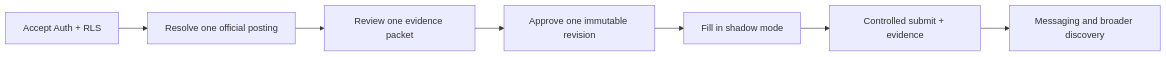
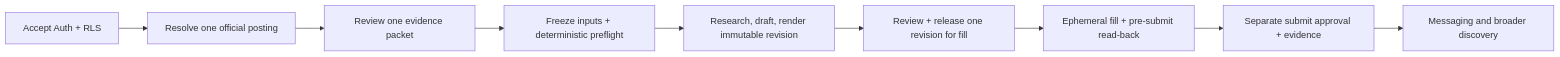
Before and after one commit to zackrichland/roledawn: the diagram in docs/execution/roadmap.md, drawn with Mermaid. The commit also changed other lines of this file and 589 other files, not shown here.

````diff
--- a/docs/execution/roadmap.md
+++ b/docs/execution/roadmap.md
@@ -18,9 +41,11 @@
 ```mermaid
 flowchart LR
     A["Accept Auth + RLS"] --> B["Resolve one official posting"]
     B --> C["Review one evidence packet"]
-    C --> D["Approve one immutable revision"]
-    D --> E["Fill in shadow mode"]
-    E --> F["Controlled submit + evidence"]
-    F --> G["Messaging and broader discovery"]
+    C --> P["Freeze inputs + deterministic preflight"]
+    P --> D["Research, draft, render immutable revision"]
+    D --> E["Review + release one revision for fill"]
+    E --> F["Ephemeral fill + pre-submit read-back"]
+    F --> G["Separate submit approval + evidence"]
+    G --> H["Messaging and broader discovery"]
 ```
````
